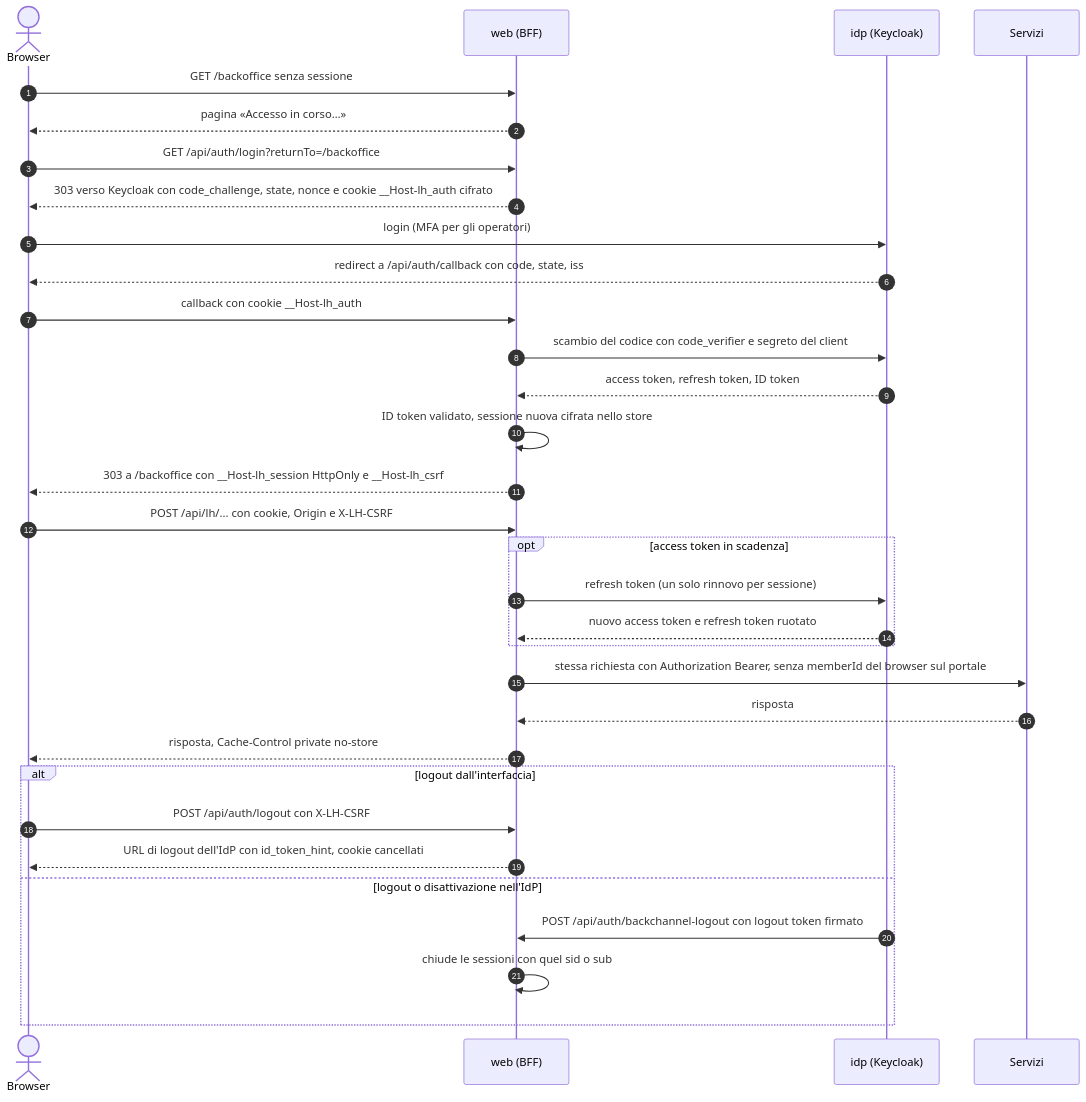
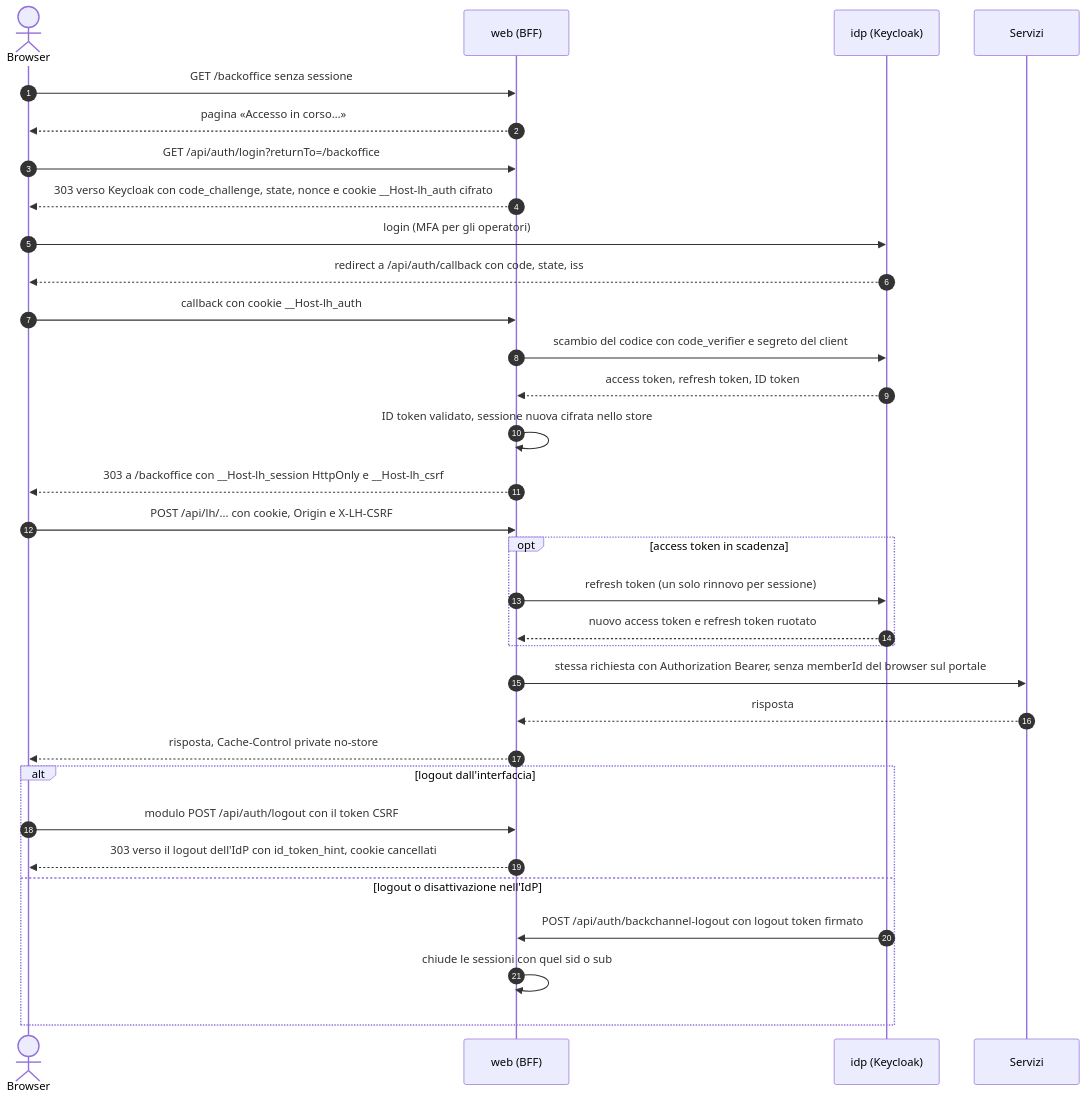
One commit to peppe-ruv/Loyalty_Sys changed the first of 2 diagrams in docs/07-FRONTEND-FONDAMENTA.md. Above: the diagram before and after it, drawn with Mermaid. The commit also changed other lines of this file and 4 other files, not shown here.

````diff
--- a/docs/07-FRONTEND-FONDAMENTA.md
+++ b/docs/07-FRONTEND-FONDAMENTA.md
@@ -62,36 +62,36 @@
 ```mermaid
 sequenceDiagram
   accTitle: Login, chiamate e logout attraverso il BFF
   accDescr: Il web avvia il login OIDC con PKCE, state e nonce, apre una sessione lato server e dà al browser solo cookie opachi; ogni chiamata ai servizi passa dal proxy con controllo CSRF e access token rinnovato una volta sola; il logout avviato dall'utente e quello inviato dall'IdP chiudono la sessione.
   autonumber
   actor B as Browser
   participant W as web (BFF)
   participant K as idp (Keycloak)
   participant S as Servizi
   B->>W: GET /backoffice senza sessione
   W-->>B: pagina «Accesso in corso…»
   B->>W: GET /api/auth/login?returnTo=/backoffice
   W-->>B: 303 verso Keycloak con code_challenge, state, nonce e cookie __Host-lh_auth cifrato
   B->>K: login (MFA per gli operatori)
   K-->>B: redirect a /api/auth/callback con code, state, iss
   B->>W: callback con cookie __Host-lh_auth
   W->>K: scambio del codice con code_verifier e segreto del client
   K-->>W: access token, refresh token, ID token
   W->>W: ID token validato, sessione nuova cifrata nello store
   W-->>B: 303 a /backoffice con __Host-lh_session HttpOnly e __Host-lh_csrf
   B->>W: POST /api/lh/... con cookie, Origin e X-LH-CSRF
   opt access token in scadenza
     W->>K: refresh token (un solo rinnovo per sessione)
     K-->>W: nuovo access token e refresh token ruotato
   end
   W->>S: stessa richiesta con Authorization Bearer, senza memberId del browser sul portale
   S-->>W: risposta
   W-->>B: risposta, Cache-Control private no-store
   alt logout dall'interfaccia
-    B->>W: POST /api/auth/logout con X-LH-CSRF
-    W-->>B: URL di logout dell'IdP con id_token_hint, cookie cancellati
+    B->>W: modulo POST /api/auth/logout con il token CSRF
+    W-->>B: 303 verso il logout dell'IdP con id_token_hint, cookie cancellati
   else logout o disattivazione nell'IdP
     K->>W: POST /api/auth/backchannel-logout con logout token firmato
     W->>W: chiude le sessioni con quel sid o sub
   end
 ```
````
